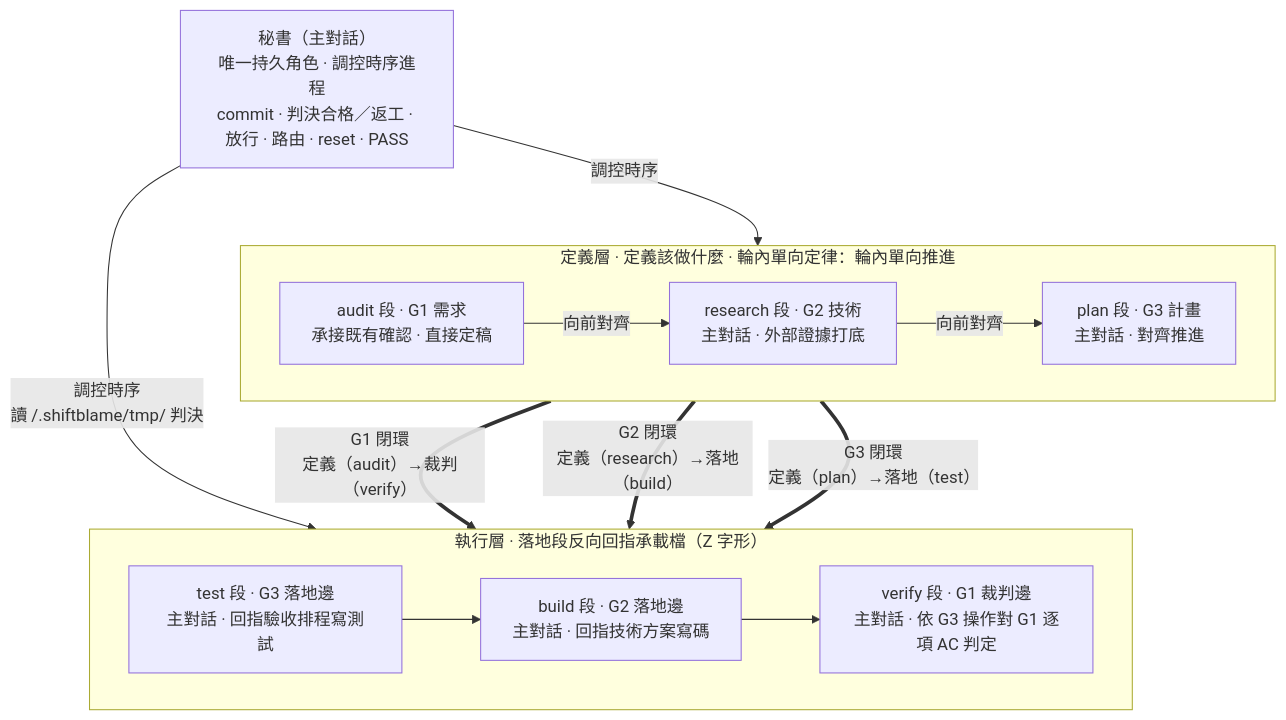
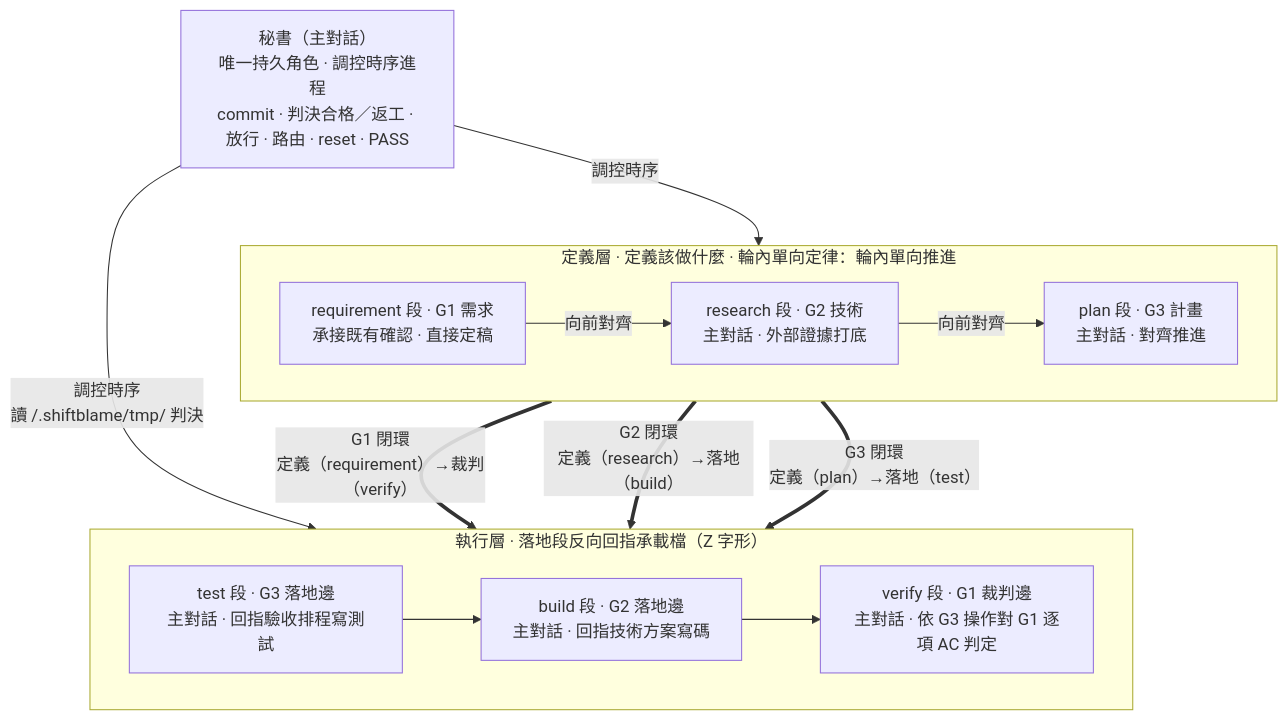
The fourth of 8 diagrams in skills/shiftblame/SKILL.md (teps3105/shiftblame), drawn with Mermaid before and after one commit. The commit also changed other lines of this file and 25 other files, not shown here.

````diff
--- a/skills/shiftblame/SKILL.md
+++ b/skills/shiftblame/SKILL.md
@@ -226,19 +226,19 @@
 ```mermaid
 flowchart TB
     SEC["秘書（主對話）<br/>唯一持久角色 · 調控時序進程<br/>commit · 判決合格／返工 · 放行 · 路由 · reset · PASS"]
     subgraph Consult["定義層 · 定義該做什麼 · 輪內單向定律：輪內單向推進"]
         direction LR
-        G1["audit 段 · G1 需求<br/>承接既有確認 · 直接定稿"] -->|向前對齊| G2["research 段 · G2 技術<br/>主對話 · 外部證據打底"]
+        G1["requirement 段 · G1 需求<br/>承接既有確認 · 直接定稿"] -->|向前對齊| G2["research 段 · G2 技術<br/>主對話 · 外部證據打底"]
         G2 -->|向前對齊| G3["plan 段 · G3 計畫<br/>主對話 · 對齊推進"]
     end
     subgraph Build["執行層 · 落地段反向回指承載檔（Z 字形）"]
         direction LR
         TST["test 段 · G3 落地邊<br/>主對話 · 回指驗收排程寫測試"] --> DEV["build 段 · G2 落地邊<br/>主對話 · 回指技術方案寫碼"]
         DEV --> ACC["verify 段 · G1 裁判邊<br/>主對話 · 依 G3 操作對 G1 逐項 AC 判定"]
     end
     SEC -- 調控時序 --> Consult
     SEC -- 調控時序<br/>讀 <repo>/.shiftblame/tmp/ 判決 --> Build
-    G1 == "G1 閉環<br/>定義（audit）→裁判（verify）" ==> ACC
+    G1 == "G1 閉環<br/>定義（requirement）→裁判（verify）" ==> ACC
     G2 == "G2 閉環<br/>定義（research）→落地（build）" ==> DEV
     G3 == "G3 閉環<br/>定義（plan）→落地（test）" ==> TST
 ```
````
